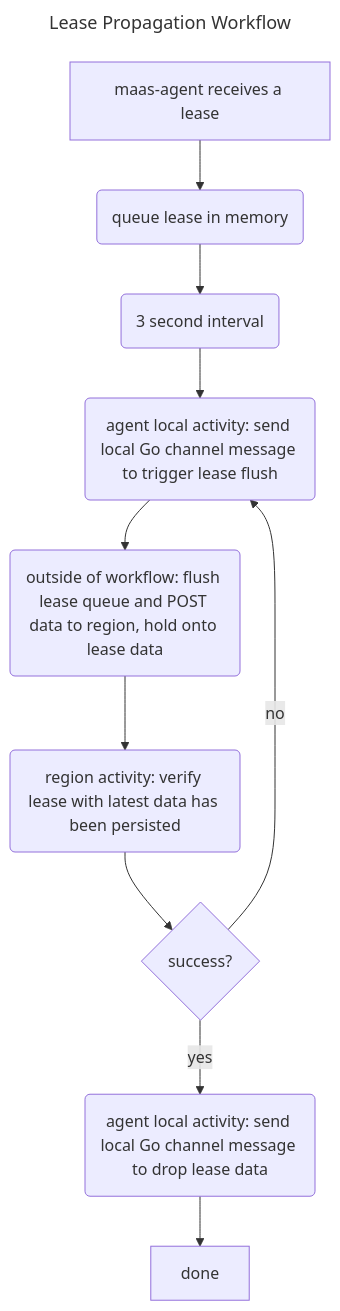
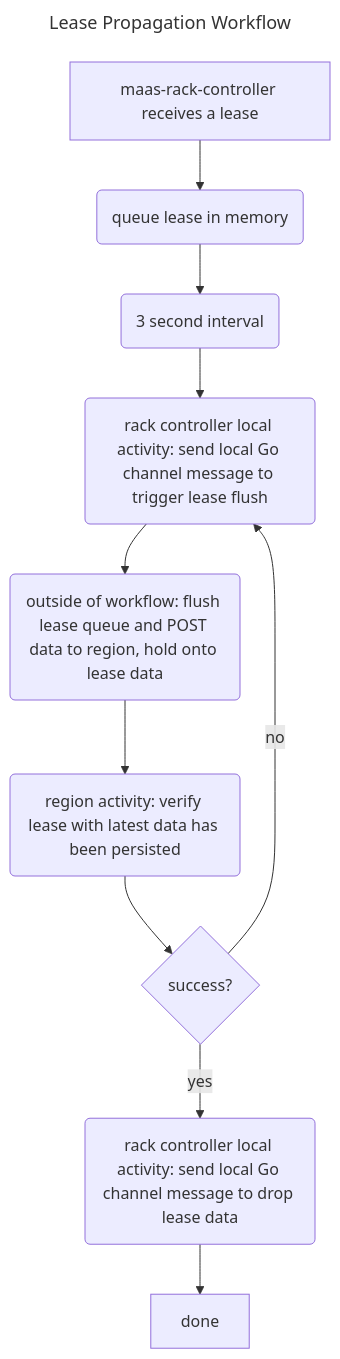
Before and after one commit to canonical/maas: the diagram in workflows/dhcp/lease_propagation_flow.mmd, drawn with Mermaid. The commit also changed 11 other files, not shown here.

First line of the commit message:
docs: rename MAAS agent to rack controller

```diff
--- a/workflows/dhcp/lease_propagation_flow.mmd
+++ b/workflows/dhcp/lease_propagation_flow.mmd
@@ -1,13 +1,13 @@
 ---
 title: Lease Propagation Workflow
 ---
 flowchart TD
-    A[maas-agent receives a lease] --> B(queue lease in memory)
+    A[maas-rack-controller receives a lease] --> B(queue lease in memory)
     B --> C(3 second interval)
-    C --> D(agent local activity: send local Go channel message to trigger lease flush)
+    C --> D(rack controller local activity: send local Go channel message to trigger lease flush)
     D --> E(outside of workflow: flush lease queue and POST data to region, hold onto lease data)
     E --> F(region activity: verify lease with latest data has been persisted)
     F --> G{success?}
-    G -->|yes| H(agent local activity: send local Go channel message to drop lease data)
+    G -->|yes| H(rack controller local activity: send local Go channel message to drop lease data)
     G -->|no| D
     H --> I[done]
```
